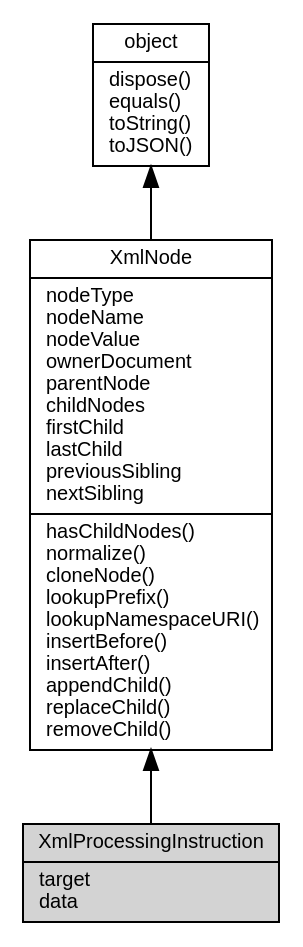
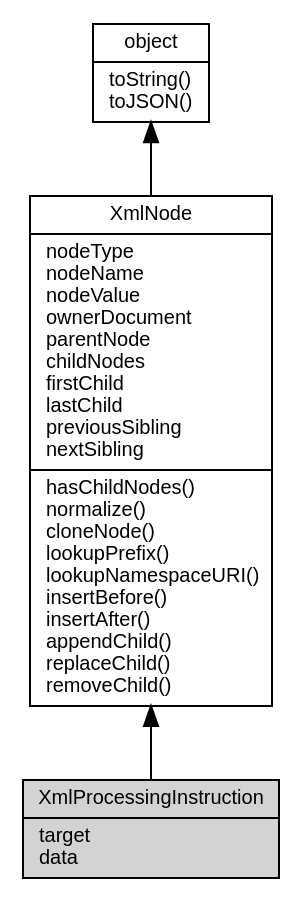
The diagram in docs/object/ifs/XmlProcessingInstruction.md (asionius/fibjs-ceph), drawn with Graphviz before and after one commit. The commit also changed other lines of this file and 138 other files, not shown here.

````diff
--- a/docs/object/ifs/XmlProcessingInstruction.md
+++ b/docs/object/ifs/XmlProcessingInstruction.md
@@ -5,12 +5,12 @@
 ```dot
 digraph {
     node [fontname="Helvetica,sans-Serif", fontsize=10, shape="record", style="filled", fillcolor="white"];
 
-    object [tooltip="object", URL="object.md", label="{object|dispose()\lequals()\ltoString()\ltoJSON()\l}"];
+    object [tooltip="object", URL="object.md", label="{object|toString()\ltoJSON()\l}"];
     XmlNode [tooltip="XmlNode", URL="XmlNode.md", label="{XmlNode|nodeType\lnodeName\lnodeValue\lownerDocument\lparentNode\lchildNodes\lfirstChild\llastChild\lpreviousSibling\lnextSibling\l|hasChildNodes()\lnormalize()\lcloneNode()\llookupPrefix()\llookupNamespaceURI()\linsertBefore()\linsertAfter()\lappendChild()\lreplaceChild()\lremoveChild()\l}"];
-    XmlProcessingInstruction [tooltip="XmlProcessingInstruction", fillcolor="lightgray", label="{XmlProcessingInstruction|target\ldata\l}"];
+    XmlProcessingInstruction [tooltip="XmlProcessingInstruction", fillcolor="lightgray", id="me", label="{XmlProcessingInstruction|target\ldata\l}"];
 
     object -> XmlNode [dir=back];
     XmlNode -> XmlProcessingInstruction [dir=back];
 }
 ```
````
